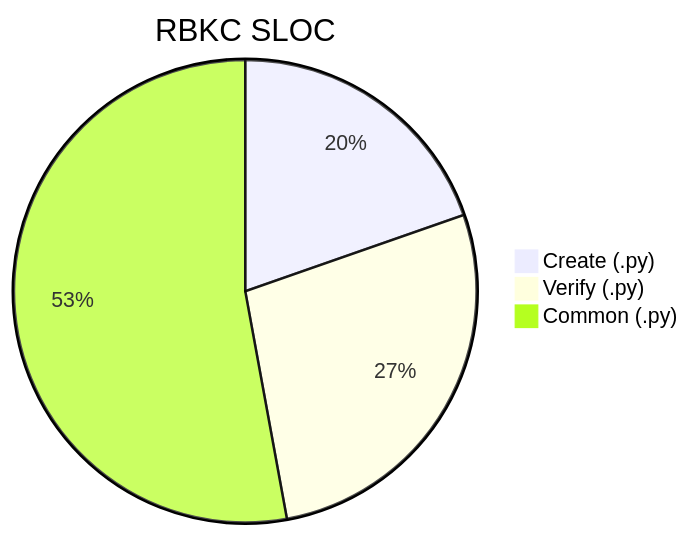
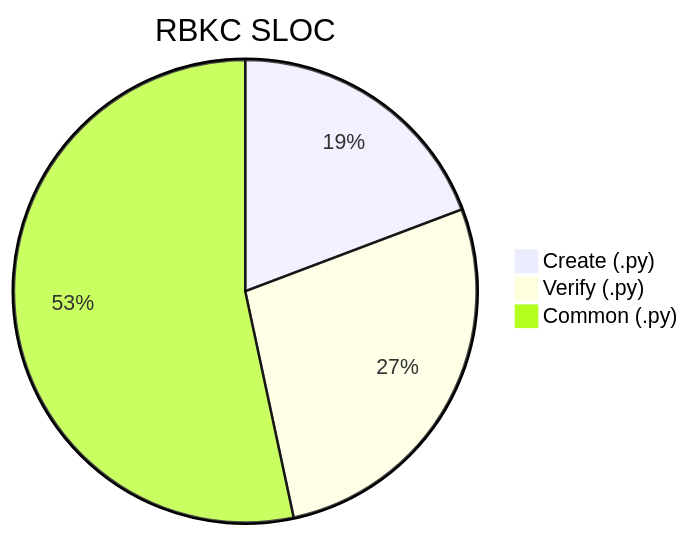
One commit to nablarch/nabledge-dev changed the tenth of 14 diagrams in docs/metrics.md. Above: the diagram before and after it, drawn with Mermaid. The commit also changed other lines of this file and 2 other files, not shown here.

````diff
--- a/docs/metrics.md
+++ b/docs/metrics.md
@@ -139,6 +139,6 @@
 ```mermaid
 pie title RBKC SLOC
-  "Create (.py)" : 1172
-  "Verify (.py)" : 1638
-  "Common (.py)" : 3154
+  "Create (.py)" : 1236
+  "Verify (.py)" : 1759
+  "Common (.py)" : 3426
 ```
````
